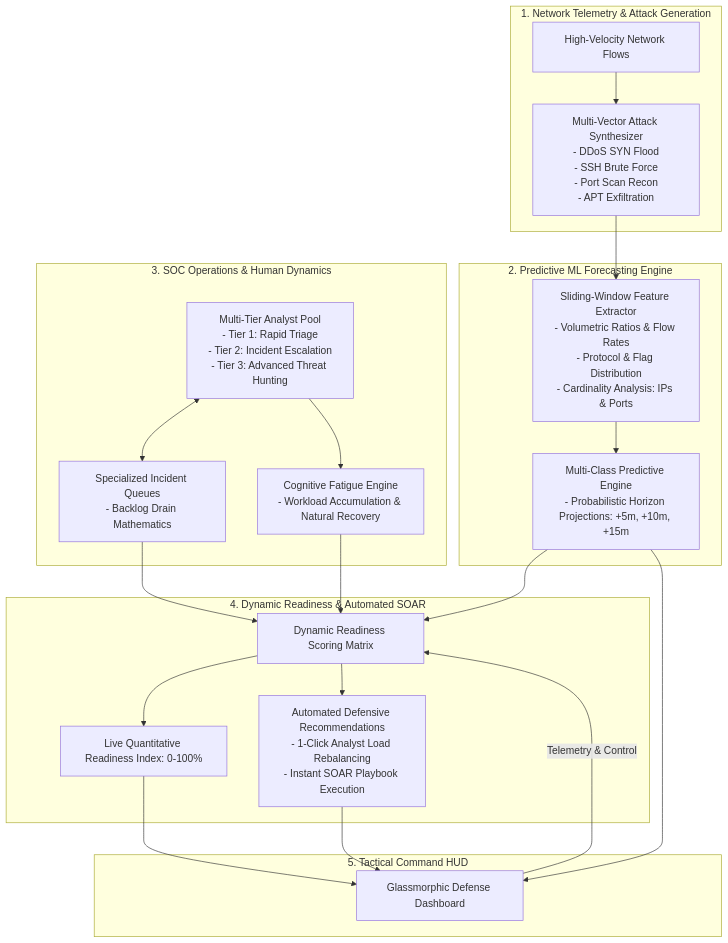
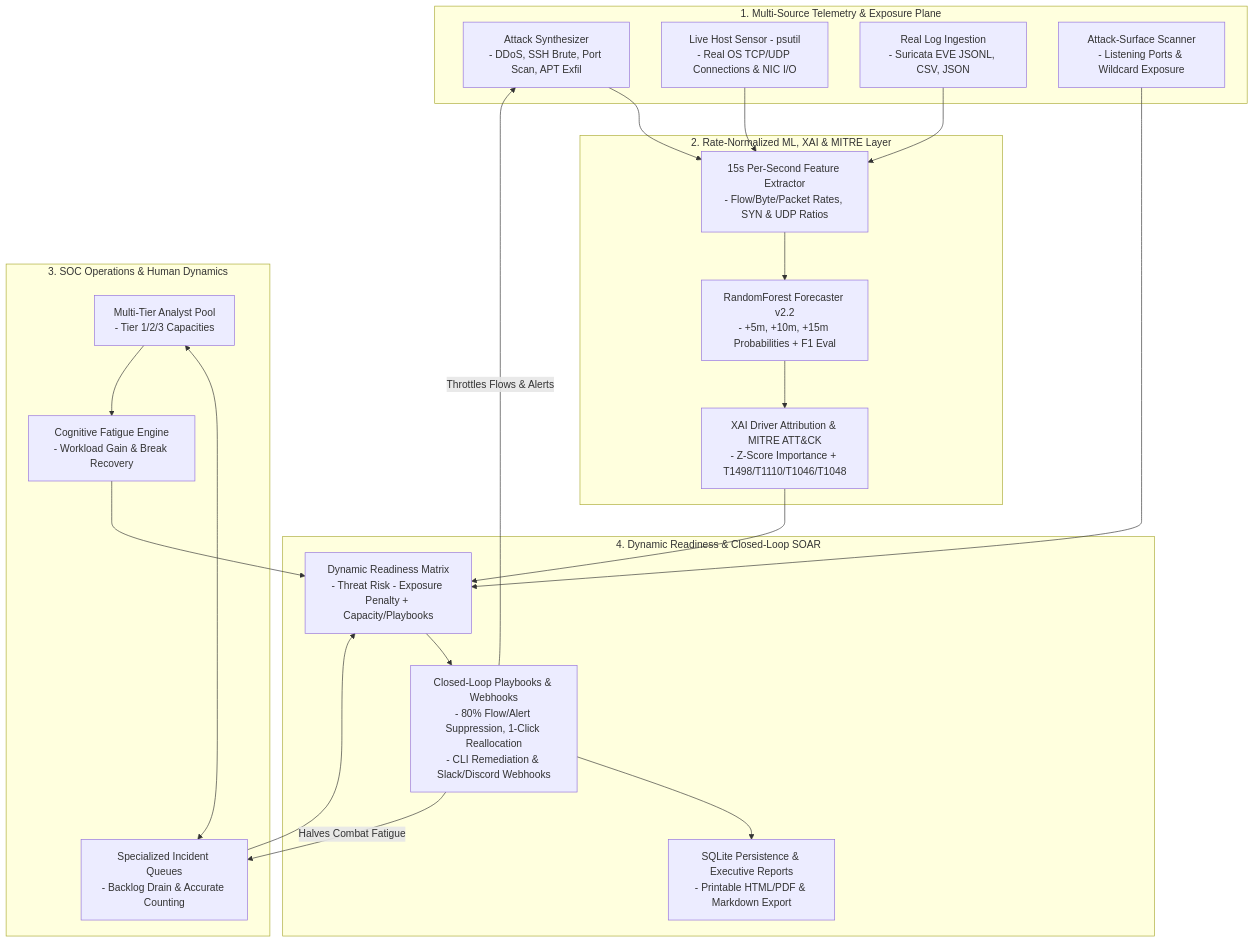
One commit to BogguAjayKumar/ProSAFE-Showcase changed the diagram in README.md. Above: the diagram before and after it, drawn with Mermaid. The commit also changed other lines of this file, not shown here.

Commit message:
docs: update architecture showcase for ProSAFE v2 (XAI, psutil live sensor, MITRE ATT&CK, closed-loop SOAR)

````diff
--- a/README.md
+++ b/README.md
@@ -31,36 +32,41 @@
 ```mermaid
 flowchart TD
-    subgraph DataPlane ["1. Network Telemetry & Attack Generation"]
-        RAW[High-Velocity Network Flows]
-        SIM[Multi-Vector Attack Synthesizer\n- DDoS SYN Flood\n- SSH Brute Force\n- Port Scan Recon\n- APT Exfiltration]
-        RAW --> SIM
+    subgraph DataPlane ["1. Multi-Source Telemetry & Exposure Plane"]
+        SIM[Attack Synthesizer\n- DDoS, SSH Brute, Port Scan, APT Exfil]
+        LIVE[Live Host Sensor - psutil\n- Real OS TCP/UDP Connections & NIC I/O]
+        ING[Real Log Ingestion\n- Suricata EVE JSONL, CSV, JSON]
+        POSTURE[Attack-Surface Scanner\n- Listening Ports & Wildcard Exposure]
     end
 
-    subgraph IntelligenceLayer ["2. Predictive ML Forecasting Engine"]
-        SIM --> SLIDE[Sliding-Window Feature Extractor\n- Volumetric Ratios & Flow Rates\n- Protocol & Flag Distribution\n- Cardinality Analysis: IPs & Ports]
-        SLIDE --> FORECAST[Multi-Class Predictive Engine\n- Probabilistic Horizon Projections: +5m, +10m, +15m]
+    subgraph IntelligenceLayer ["2. Rate-Normalized ML, XAI & MITRE Layer"]
+        SLIDE[15s Per-Second Feature Extractor\n- Flow/Byte/Packet Rates, SYN & UDP Ratios]
+        FORECAST[RandomForest Forecaster v2.2\n- +5m, +10m, +15m Probabilities + F1 Eval]
+        XAI[XAI Driver Attribution & MITRE ATT&CK\n- Z-Score Importance + T1498/T1110/T1046/T1048]
+        SLIDE --> FORECAST --> XAI
     end
 
     subgraph HumanFactors ["3. SOC Operations & Human Dynamics"]
-        ANALYSTS[Multi-Tier Analyst Pool\n- Tier 1: Rapid Triage\n- Tier 2: Incident Escalation\n- Tier 3: Advanced Threat Hunting]
-        QUEUES[Specialized Incident Queues\n- Backlog Drain Mathematics]
-        FATIGUE[Cognitive Fatigue Engine\n- Workload Accumulation & Natural Recovery]
+        ANALYSTS[Multi-Tier Analyst Pool\n- Tier 1/2/3 Capacities]
+        QUEUES[Specialized Incident Queues\n- Backlog Drain & Accurate Counting]
+        FATIGUE[Cognitive Fatigue Engine\n- Workload Gain & Break Recovery]
         ANALYSTS <--> QUEUES
         ANALYSTS --> FATIGUE
     end
 
-    subgraph Orchestration ["4. Dynamic Readiness & Automated SOAR"]
-        FORECAST --> EVAL[Dynamic Readiness Scoring Matrix]
-        QUEUES --> EVAL
-        FATIGUE --> EVAL
-        EVAL --> SCORE[Live Quantitative Readiness Index: 0-100%]
-        EVAL --> SOAR[Automated Defensive Recommendations\n- 1-Click Analyst Load Rebalancing\n- Instant SOAR Playbook Execution]
+    subgraph Orchestration ["4. Dynamic Readiness & Closed-Loop SOAR"]
+        EVAL[Dynamic Readiness Matrix\n- Threat Risk - Exposure Penalty + Capacity/Playbooks]
+        SOAR[Closed-Loop Playbooks & Webhooks\n- 80% Flow/Alert Suppression, 1-Click Reallocation\n- CLI Remediation & Slack/Discord Webhooks]
+        STORE[SQLite Persistence & Executive Reports\n- Printable HTML/PDF & Markdown Export]
+        EVAL --> SOAR --> STORE
     end
 
-    subgraph VisualInterface ["5. Tactical Command HUD"]
-        SCORE --> HUD[Glassmorphic Defense Dashboard]
-        SOAR --> HUD
-        FORECAST --> HUD
-        HUD -->|Telemetry & Control| EVAL
-    end
+    SIM --> SLIDE
+    LIVE --> SLIDE
+    ING --> SLIDE
+    XAI --> EVAL
+    POSTURE --> EVAL
+    QUEUES --> EVAL
+    FATIGUE --> EVAL
+    SOAR -->|Throttles Flows & Alerts| SIM
+    SOAR -->|Halves Combat Fatigue| QUEUES
 ```
````
